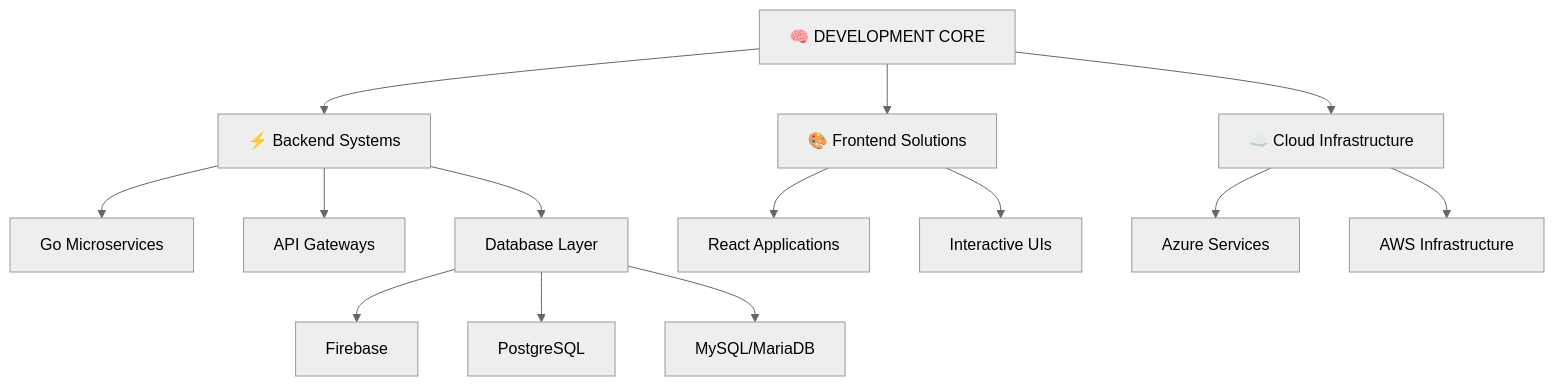
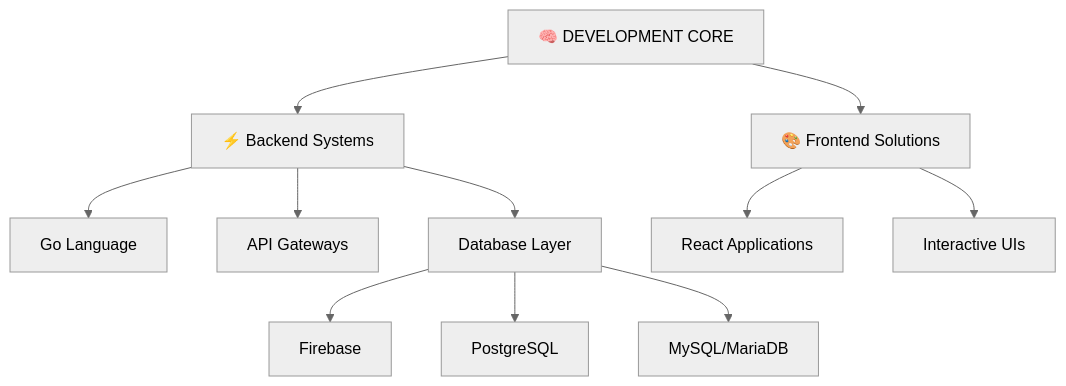
Before and after one commit to itsramaa/itsramaa: the diagram in readme.MD, drawn with Mermaid (neutral theme). The commit also changed other lines of this file, not shown here.

````diff
--- a/readme.MD
+++ b/readme.MD
@@ -15,16 +15,13 @@
 ```mermaid
 graph TD
     A[🧠 DEVELOPMENT CORE] --> B[⚡ Backend Systems]
     A --> C[🎨 Frontend Solutions] 
-    A --> D[☁️ Cloud Infrastructure]
-    B --> E[Go Microservices]
+    B --> E[Go Language]
     B --> F[API Gateways]
     B --> G[Database Layer]
     C --> H[React Applications]
     C --> I[Interactive UIs]
-    D --> J[Azure Services]
-    D --> K[AWS Infrastructure]
     G --> L[Firebase]
     G --> M[PostgreSQL]
     G --> N[MySQL/MariaDB]
 ```
````
